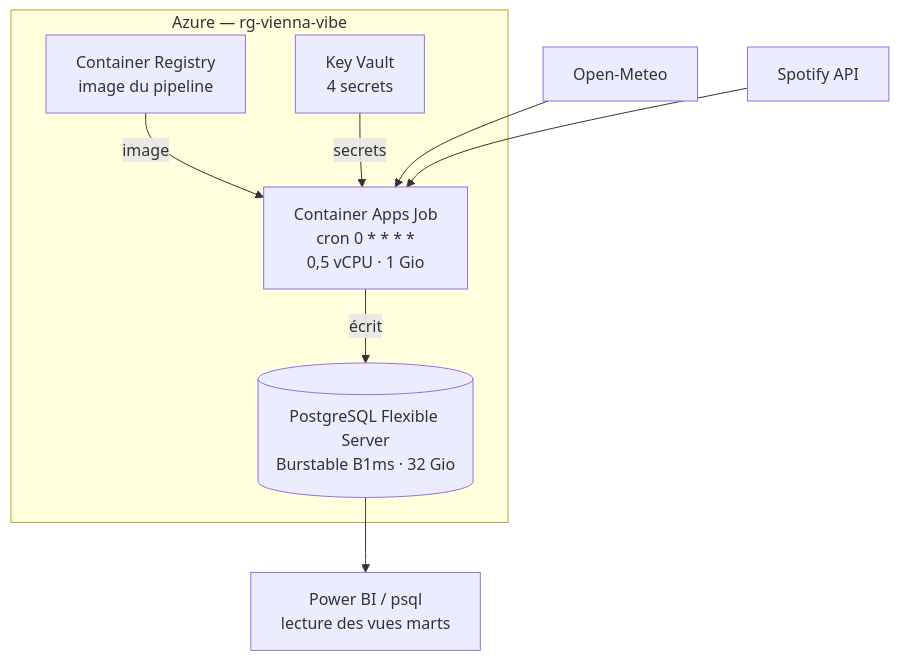
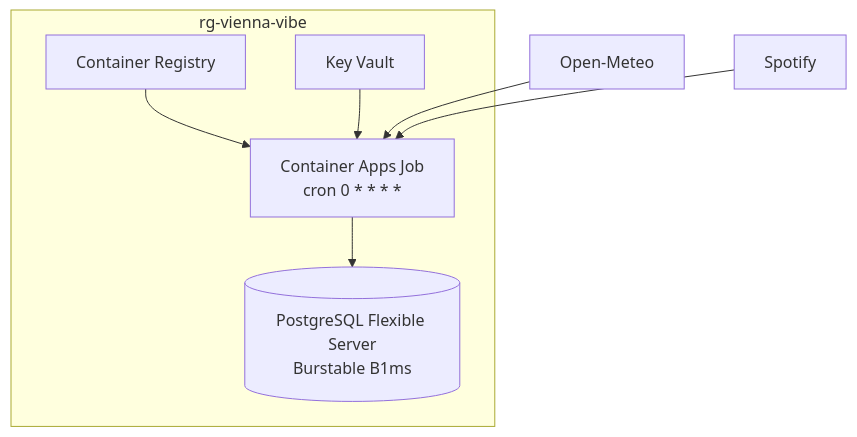
One commit to GustaveMAG/vienna-vibe changed the diagram in infra/azure/README.md. Above: the diagram before and after it, drawn with Mermaid. The commit also changed other lines of this file and 1 other file, not shown here.

````diff
--- a/infra/azure/README.md
+++ b/infra/azure/README.md
@@ -7,17 +5,14 @@
 ```mermaid
 flowchart TB
-    subgraph AZ["Azure — rg-vienna-vibe"]
-        JOB["Container Apps Job<br/>cron 0 * * * *<br/>0,5 vCPU · 1 Gio"]
-        ACR["Container Registry<br/>image du pipeline"]
-        KV["Key Vault<br/>4 secrets"]
-        PG[("PostgreSQL Flexible Server<br/>Burstable B1ms · 32 Gio")]
-
-        ACR -->|image| JOB
-        KV -->|secrets| JOB
-        JOB -->|écrit| PG
+    subgraph AZ["rg-vienna-vibe"]
+        JOB["Container Apps Job<br/>cron 0 * * * *"]
+        ACR["Container Registry"]
+        KV["Key Vault"]
+        PG[("PostgreSQL Flexible Server<br/>Burstable B1ms")]
+        ACR --> JOB
+        KV --> JOB
+        JOB --> PG
     end
-
     OM["Open-Meteo"] --> JOB
-    SP["Spotify API"] --> JOB
-    PG --> BI["Power BI / psql<br/>lecture des vues marts"]
+    SP["Spotify"] --> JOB
 ```
````
